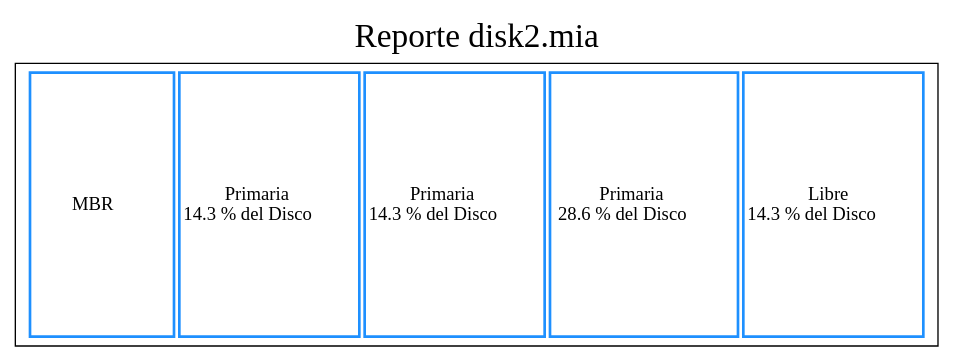
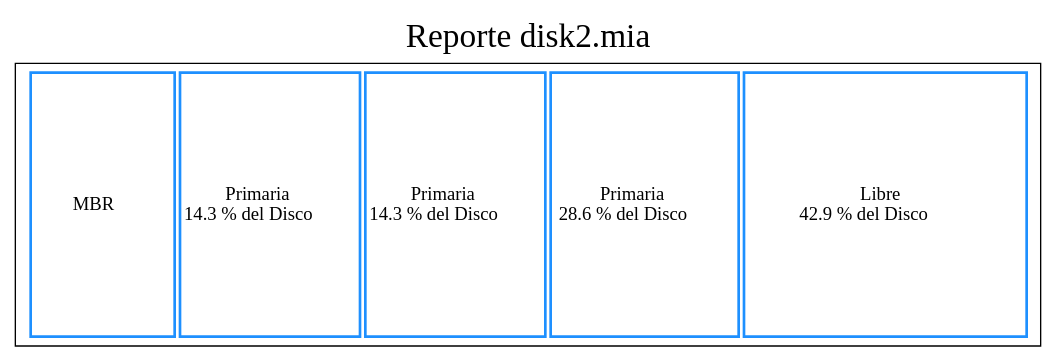
Before and after one commit to KINGR0X/MIA_2S_P1_202044192: the diagram in Backend/reporte.dot, drawn with Graphviz. The commit also changed 2 other files, not shown here.

```diff
--- a/Backend/reporte.dot
+++ b/Backend/reporte.dot
@@ -1,19 +1,19 @@
 digraph G{
 
 label= "Reporte disk2.mia"
 labelloc="t"
 fontsize=25  tbl [
     shape=box
     label=<
      <table border='0' cellborder='2' width='600' height='150' color='dodgerblue1'>
      <tr>
      <td height='150' width='110'> MBR </td>
      <td height='200' width='71.4'>Primaria <br/> 14.3 % del Disco </td>
      <td height='200' width='71.4'>Primaria <br/> 14.3 % del Disco </td>
      <td height='200' width='143'>Primaria <br/> 28.6 % del Disco </td>
-     <td height='200' width='71.4'>Libre<br/> 14.3 % del Disco </td>
+     <td height='200' width='214'>Libre<br/> 42.9 % del Disco </td>
      </tr> 
      </table>        
 >];
 
 }
```
